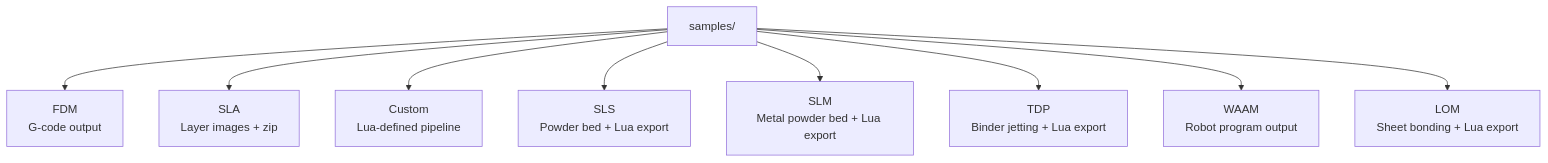
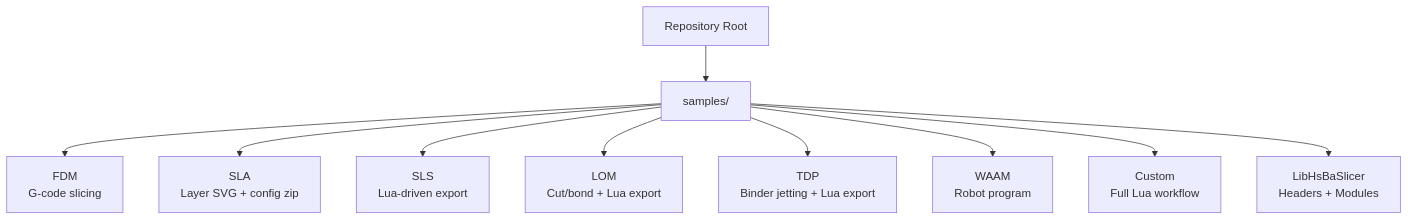
Before and after one commit to hsmbanlance/HsBaSlicer: the first of 12 diagrams in .qoder/repowiki/en/content/Examples & Samples/Examples & Samples.md, drawn with Mermaid. The commit also changed other lines of this file and 1095 other files, not shown here.

````diff
--- a/.qoder/repowiki/en/content/Examples & Samples/Examples & Samples.md
+++ b/.qoder/repowiki/en/content/Examples & Samples/Examples & Samples.md
@@ -56,11 +63,12 @@
 ```mermaid
 graph TB
-Root["samples/"] --> FDM["FDM<br/>G-code output"]
-Root --> SLA["SLA<br/>Layer images + zip"]
-Root --> Custom["Custom<br/>Lua-defined pipeline"]
-Root --> SLS["SLS<br/>Powder bed + Lua export"]
-Root --> SLM["SLM<br/>Metal powder bed + Lua export"]
-Root --> TDP["TDP<br/>Binder jetting + Lua export"]
-Root --> WAAM["WAAM<br/>Robot program output"]
-Root --> LOM["LOM<br/>Sheet bonding + Lua export"]
+Root["Repository Root"] --> Samples["samples/"]
+Samples --> FDM["FDM<br/>G-code slicing"]
+Samples --> SLA["SLA<br/>Layer SVG + config zip"]
+Samples --> SLS["SLS<br/>Lua-driven export"]
+Samples --> LOM["LOM<br/>Cut/bond + Lua export"]
+Samples --> TDP["TDP<br/>Binder jetting + Lua export"]
+Samples --> WAAM["WAAM<br/>Robot program"]
+Samples --> Custom["Custom<br/>Full Lua workflow"]
+Samples --> Lib["LibHsBaSlicer<br/>Headers + Modules"]
 ```
````
